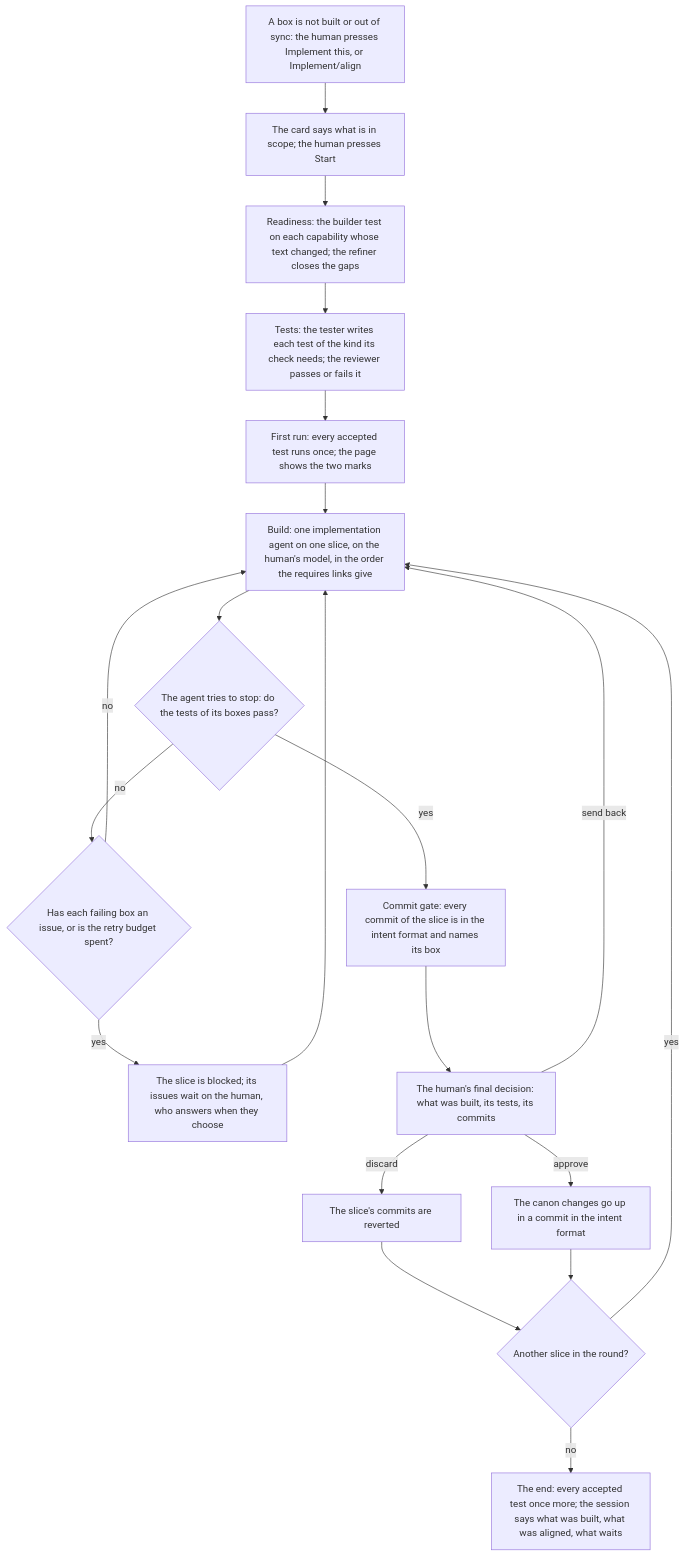
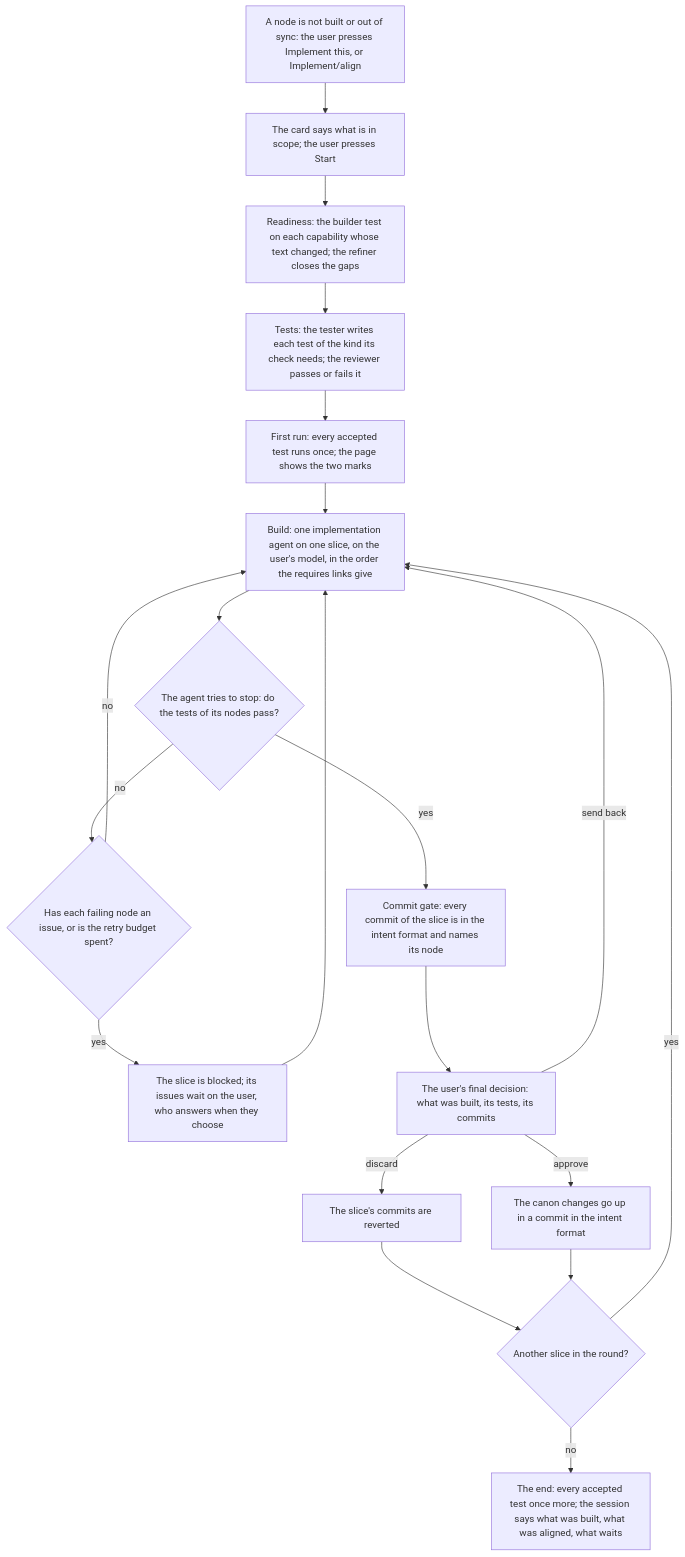
The diagram in canon/journeys/JRN-2-acceptance-tests-ahead.md (Althis/headcanon), drawn with Mermaid before and after one commit. The commit also changed other lines of this file and 157 other files, not shown here.

````diff
--- a/canon/journeys/JRN-2-acceptance-tests-ahead.md
+++ b/canon/journeys/JRN-2-acceptance-tests-ahead.md
@@ -12,22 +12,22 @@
 ```mermaid
 flowchart TD
-    S1[A box is not built or out of sync: the human presses Implement this, or Implement/align] --> S2[The card says what is in scope; the human presses Start]
+    S1[A node is not built or out of sync: the user presses Implement this, or Implement/align] --> S2[The card says what is in scope; the user presses Start]
     S2 --> S3[Readiness: the builder test on each capability whose text changed; the refiner closes the gaps]
     S3 --> S4[Tests: the tester writes each test of the kind its check needs; the reviewer passes or fails it]
     S4 --> S5[First run: every accepted test runs once; the page shows the two marks]
-    S5 --> S6[Build: one implementation agent on one slice, on the human's model, in the order the requires links give]
-    S6 --> S7{The agent tries to stop: do the tests of its boxes pass?}
-    S7 -- no --> S8{Has each failing box an issue, or is the retry budget spent?}
+    S5 --> S6[Build: one implementation agent on one slice, on the user's model, in the order the requires links give]
+    S6 --> S7{The agent tries to stop: do the tests of its nodes pass?}
+    S7 -- no --> S8{Has each failing node an issue, or is the retry budget spent?}
     S8 -- no --> S6
-    S8 -- yes --> S9[The slice is blocked; its issues wait on the human, who answers when they choose]
+    S8 -- yes --> S9[The slice is blocked; its issues wait on the user, who answers when they choose]
     S9 --> S6
-    S7 -- yes --> S10[Commit gate: every commit of the slice is in the intent format and names its box]
-    S10 --> S11[The human's final decision: what was built, its tests, its commits]
+    S7 -- yes --> S10[Commit gate: every commit of the slice is in the intent format and names its node]
+    S10 --> S11[The user's final decision: what was built, its tests, its commits]
     S11 -- send back --> S6
     S11 -- discard --> S12[The slice's commits are reverted]
     S11 -- approve --> S13[The canon changes go up in a commit in the intent format]
     S12 --> S14
     S13 --> S14{Another slice in the round?}
     S14 -- yes --> S6
     S14 -- no --> S15[The end: every accepted test once more; the session says what was built, what was aligned, what waits]
 ```
````
